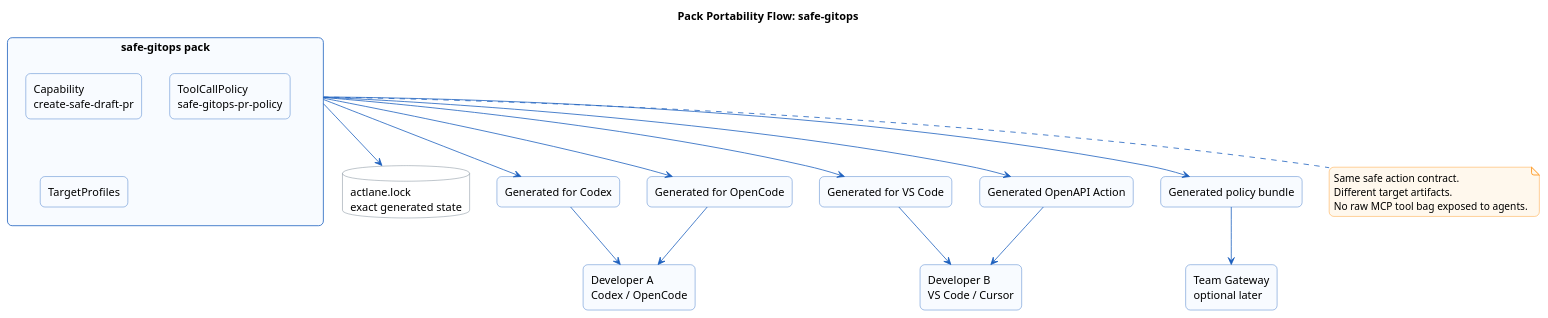
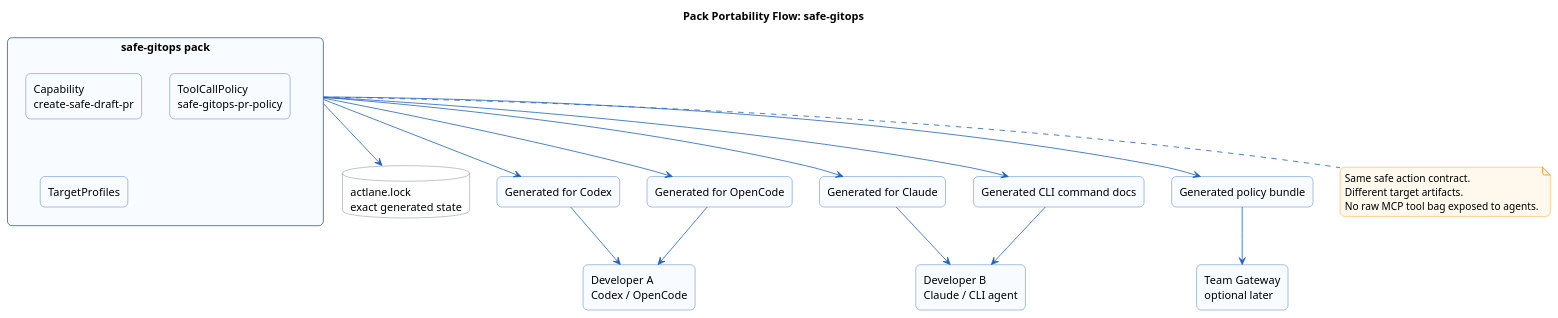
Before and after one commit to bakaut/actlane: the diagram in diagrams/plantuml/pack-portability-flow.puml, drawn with PlantUML. The commit also changed 49 other files, not shown here.

```diff
--- a/diagrams/plantuml/pack-portability-flow.puml
+++ b/diagrams/plantuml/pack-portability-flow.puml
@@ -1,51 +1,51 @@
 @startuml
 skinparam backgroundColor #FFFFFF
 skinparam shadowing false
 skinparam roundcorner 12
 skinparam ArrowColor #1B5EBE
 skinparam RectangleBorderColor #1B5EBE
 skinparam RectangleBackgroundColor #F8FBFF
 skinparam DatabaseBorderColor #5A6B7A
 skinparam DatabaseBackgroundColor #FFFFFF
 skinparam NoteBackgroundColor #FFF8ED
 skinparam NoteBorderColor #FF8A00
 
 title Pack Portability Flow: safe-gitops
 
 rectangle "safe-gitops pack" as pack {
   rectangle "Capability\ncreate-safe-draft-pr" as cap
   rectangle "ToolCallPolicy\nsafe-gitops-pr-policy" as pol
   rectangle "TargetProfiles" as tgt
 }
 
 database "actlane.lock\nexact generated state" as lock
 
 rectangle "Developer A\nCodex / OpenCode" as devA
-rectangle "Developer B\nVS Code / Cursor" as devB
+rectangle "Developer B\nClaude / CLI agent" as devB
 rectangle "Team Gateway\noptional later" as gateway
 
 rectangle "Generated for Codex" as codex
 rectangle "Generated for OpenCode" as opencode
-rectangle "Generated for VS Code" as vscode
-rectangle "Generated OpenAPI Action" as customgpt
+rectangle "Generated for Claude" as claude
+rectangle "Generated CLI command docs" as cli
 rectangle "Generated policy bundle" as bundle
 
 pack --> codex
 pack --> opencode
-pack --> vscode
-pack --> customgpt
+pack --> claude
+pack --> cli
 pack --> bundle
 pack --> lock
 
 codex --> devA
 opencode --> devA
-vscode --> devB
-customgpt --> devB
+claude --> devB
+cli --> devB
 bundle --> gateway
 
 note bottom of pack
 Same safe action contract.
 Different target artifacts.
 No raw MCP tool bag exposed to agents.
 end note
 @enduml
```
